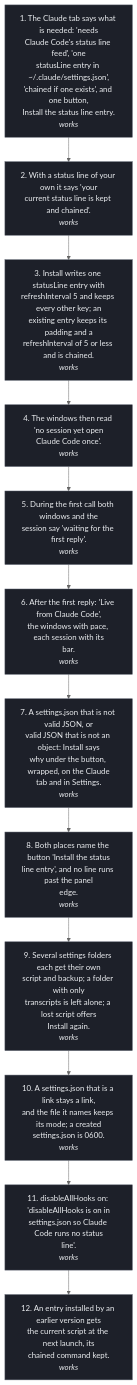
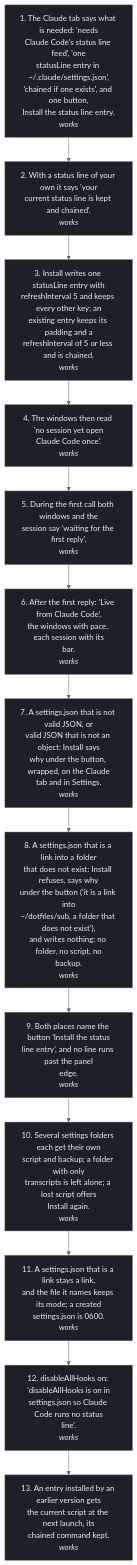
One commit to tokenpandadev/tokenpanda-app changed the diagram in design/wireframes/flows/02-set-up-the-feed.mmd. Above: the diagram before and after it, drawn with Mermaid (neutral theme). The commit also changed 45 other files, not shown here.

```diff
--- a/design/wireframes/flows/02-set-up-the-feed.mmd
+++ b/design/wireframes/flows/02-set-up-the-feed.mmd
@@ -1,28 +1,30 @@
 flowchart TD
   classDef works fill:#1d2029,stroke:#555b68,color:#eceef1;
   classDef friction fill:#262a34,stroke:#eceef1,stroke-width:2px,color:#eceef1;
   classDef broken fill:#1d2029,stroke:#d77757,stroke-width:2px,color:#d77757;
   classDef byhand fill:#1d2029,stroke:#eceef1,stroke-width:1px,stroke-dasharray:4 3,color:#eceef1;
   S1["1. The Claude tab says what is needed: 'needs<br/>Claude Code's status line feed', 'one<br/>statusLine entry in ~/.claude/settings.json',<br/>'chained if one exists', and one button,<br/>Install the status line entry.<br/><i>works</i>"]:::works
   S2["2. With a status line of your own it says 'your<br/>current status line is kept and chained'.<br/><i>works</i>"]:::works
   S3["3. Install writes one statusLine entry with<br/>refreshInterval 5 and keeps every other key; an<br/>existing entry keeps its padding and a<br/>refreshInterval of 5 or less and is chained.<br/><i>works</i>"]:::works
   S4["4. The windows then read 'no session yet open<br/>Claude Code once'.<br/><i>works</i>"]:::works
   S5["5. During the first call both windows and the<br/>session say 'waiting for the first reply'.<br/><i>works</i>"]:::works
   S6["6. After the first reply: 'Live from Claude Code',<br/>the windows with pace, each session with its<br/>bar.<br/><i>works</i>"]:::works
   S7["7. A settings.json that is not valid JSON, or<br/>valid JSON that is not an object: Install says<br/>why under the button, wrapped, on the Claude<br/>tab and in Settings.<br/><i>works</i>"]:::works
-  S8["8. Both places name the button 'Install the status<br/>line entry', and no line runs past the panel<br/>edge.<br/><i>works</i>"]:::works
-  S9["9. Several settings folders each get their own<br/>script and backup; a folder with only<br/>transcripts is left alone; a lost script offers<br/>Install again.<br/><i>works</i>"]:::works
-  S10["10. A settings.json that is a link stays a link,<br/>and the file it names keeps its mode; a created<br/>settings.json is 0600.<br/><i>works</i>"]:::works
-  S11["11. disableAllHooks on: 'disableAllHooks is on in<br/>settings.json so Claude Code runs no status<br/>line'.<br/><i>works</i>"]:::works
-  S12["12. An entry installed by an earlier version gets<br/>the current script at the next launch, its<br/>chained command kept.<br/><i>works</i>"]:::works
+  S8["8. A settings.json that is a link into a folder<br/>that does not exist: Install refuses, says why<br/>under the button ('it is a link into<br/>~/dotfiles/sub, a folder that does not exist'),<br/>and writes nothing: no folder, no script, no<br/>backup.<br/><i>works</i>"]:::works
+  S9["9. Both places name the button 'Install the status<br/>line entry', and no line runs past the panel<br/>edge.<br/><i>works</i>"]:::works
+  S10["10. Several settings folders each get their own<br/>script and backup; a folder with only<br/>transcripts is left alone; a lost script offers<br/>Install again.<br/><i>works</i>"]:::works
+  S11["11. A settings.json that is a link stays a link,<br/>and the file it names keeps its mode; a created<br/>settings.json is 0600.<br/><i>works</i>"]:::works
+  S12["12. disableAllHooks on: 'disableAllHooks is on in<br/>settings.json so Claude Code runs no status<br/>line'.<br/><i>works</i>"]:::works
+  S13["13. An entry installed by an earlier version gets<br/>the current script at the next launch, its<br/>chained command kept.<br/><i>works</i>"]:::works
   S1 --> S2
   S2 --> S3
   S3 --> S4
   S4 --> S5
   S5 --> S6
   S6 --> S7
   S7 --> S8
   S8 --> S9
   S9 --> S10
   S10 --> S11
   S11 --> S12
+  S12 --> S13
```
